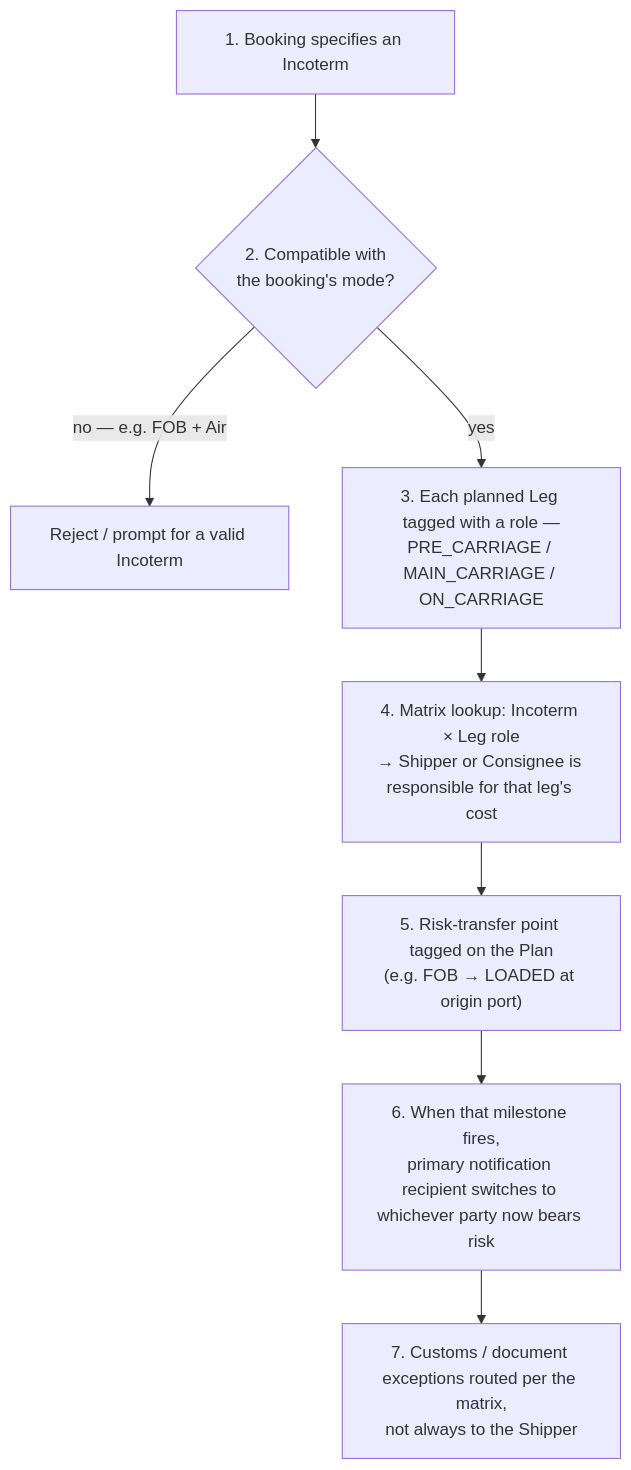
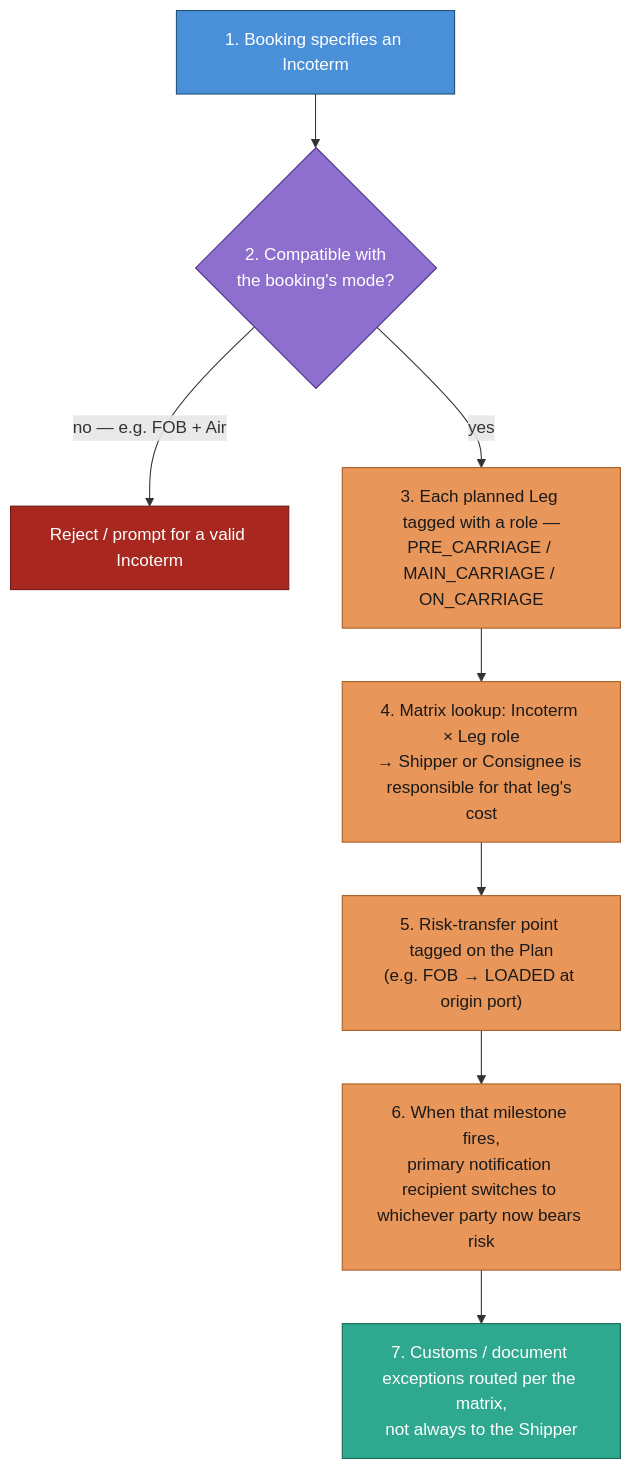
Before and after one commit to Pratyush576/CodingPractice: the fourth of 36 diagrams in lib/src/main/java/org/pk/practices/design/supplychain/DESIGN.md, drawn with Mermaid. The commit also changed other lines of this file and 5 other files, not shown here.

Commit message:
Enhanced the diagrams

````diff
--- a/lib/src/main/java/org/pk/practices/design/supplychain/DESIGN.md
+++ b/lib/src/main/java/org/pk/practices/design/supplychain/DESIGN.md
@@ -765,10 +791,21 @@
 ```mermaid
 flowchart TD
     A["1. Booking specifies an Incoterm"] --> B{"2. Compatible with<br/>the booking's mode?"}
     B -->|no — e.g. FOB + Air| C["Reject / prompt for a valid Incoterm"]
     B -->|yes| D["3. Each planned Leg tagged with a role —<br/>PRE_CARRIAGE / MAIN_CARRIAGE / ON_CARRIAGE"]
     D --> E["4. Matrix lookup: Incoterm × Leg role<br/>→ Shipper or Consignee is responsible for that leg's cost"]
     E --> F["5. Risk-transfer point tagged on the Plan<br/>(e.g. FOB → LOADED at origin port)"]
     F --> G["6. When that milestone fires,<br/>primary notification recipient switches to whichever party now bears risk"]
     G --> H["7. Customs / document exceptions routed per the matrix,<br/>not always to the Shipper"]
+
+    classDef input fill:#4a90d9,stroke:#1c4e78,color:#ffffff
+    classDef decision fill:#8e6fce,stroke:#4d2e8a,color:#ffffff
+    classDef reject fill:#a8271f,stroke:#6b1a14,color:#ffffff
+    classDef process fill:#e8965a,stroke:#a85c1f,color:#1a1a1a
+    classDef outcome fill:#2ea88f,stroke:#146b58,color:#ffffff
+    class A input
+    class B decision
+    class C reject
+    class D,E,F,G process
+    class H outcome
 ```
````
